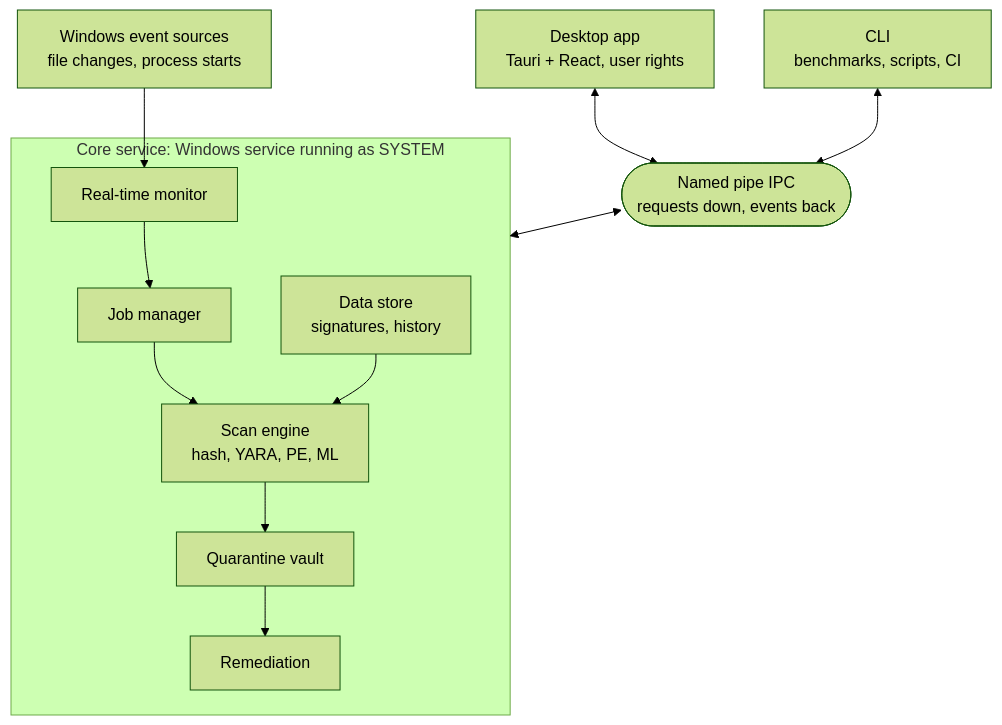
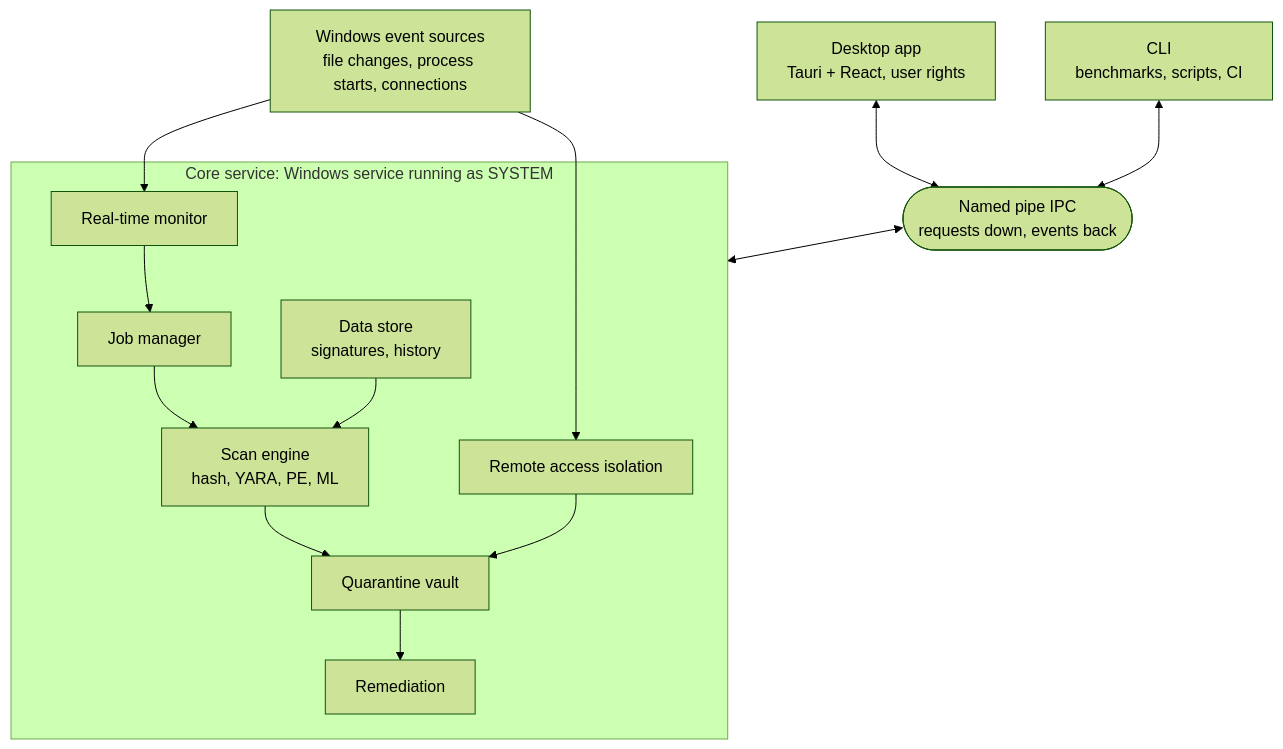
One commit to Nanonite-crypto/warden changed the first of 2 diagrams in docs/ARCHITECTURE.md. Above: the diagram before and after it, drawn with Mermaid (forest theme). The commit also changed other lines of this file and 3 other files, not shown here.

First line of the commit message:
Put remote access isolation into the plan as phase 10 [skip ci]

````diff
--- a/docs/ARCHITECTURE.md
+++ b/docs/ARCHITECTURE.md
@@ -38,21 +38,24 @@
 ```mermaid
 flowchart TB
     app["Desktop app<br/>Tauri + React, user rights"]
     cli["CLI<br/>benchmarks, scripts, CI"]
     pipe(["Named pipe IPC<br/>requests down, events back"])
     subgraph service["Core service: Windows service running as SYSTEM"]
         jobs["Job manager"]
         engine["Scan engine<br/>hash, YARA, PE, ML"]
         vault["Quarantine vault"]
         realtime["Real-time monitor"]
         store["Data store<br/>signatures, history"]
         remediation["Remediation"]
+        isolation["Remote access isolation"]
         realtime --> jobs --> engine --> vault --> remediation
         store --> engine
+        isolation --> vault
     end
-    events["Windows event sources<br/>file changes, process starts"]
+    events["Windows event sources<br/>file changes, process starts, connections"]
     app <--> pipe
     cli <--> pipe
     pipe <--> service
     events --> realtime
+    events --> isolation
 ```
````
